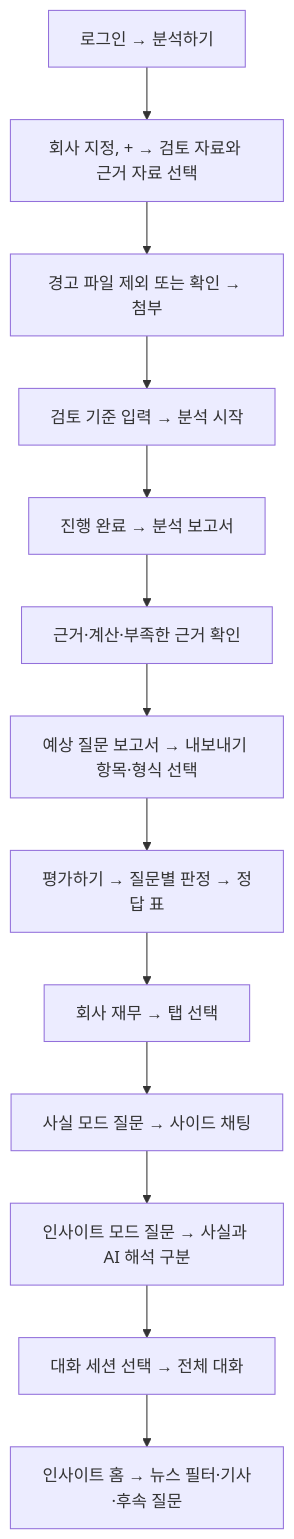
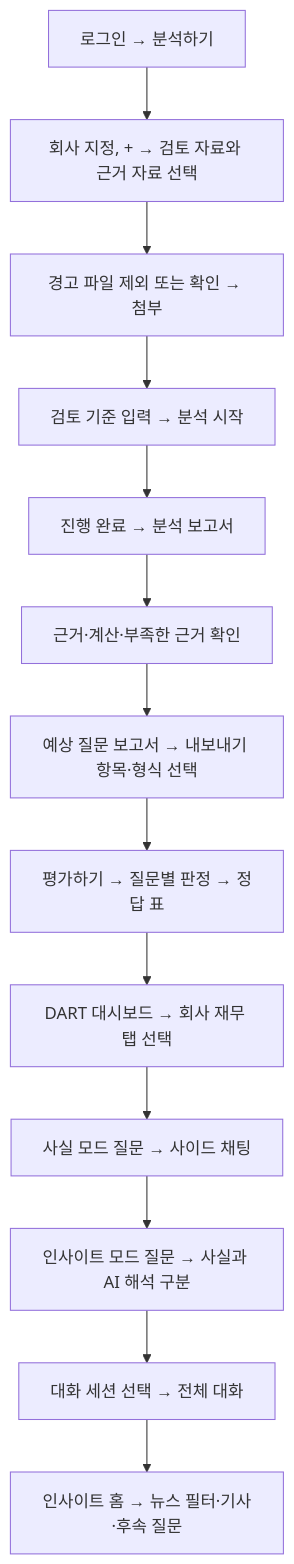
One commit to vamos-team/telescope changed the second of 2 diagrams in docs/frontend/demo/ia.md. Above: the diagram before and after it, drawn with Mermaid. The commit also changed other lines of this file and 1 other file, not shown here.

````diff
--- a/docs/frontend/demo/ia.md
+++ b/docs/frontend/demo/ia.md
@@ -476,15 +477,15 @@
 ```mermaid
 flowchart TD
   A["로그인 → 분석하기"] --> B["회사 지정, + → 검토 자료와 근거 자료 선택"]
   B --> C["경고 파일 제외 또는 확인 → 첨부"]
   C --> D["검토 기준 입력 → 분석 시작"]
   D --> E["진행 완료 → 분석 보고서"]
   E --> F["근거·계산·부족한 근거 확인"]
   F --> G["예상 질문 보고서 → 내보내기 항목·형식 선택"]
   G --> H["평가하기 → 질문별 판정 → 정답 표"]
-  H --> I["회사 재무 → 탭 선택"]
+  H --> I["DART 대시보드 → 회사 재무 탭 선택"]
   I --> J["사실 모드 질문 → 사이드 채팅"]
   J --> K["인사이트 모드 질문 → 사실과 AI 해석 구분"]
   K --> L["대화 세션 선택 → 전체 대화"]
   L --> M["인사이트 홈 → 뉴스 필터·기사·후속 질문"]
 ```
````
